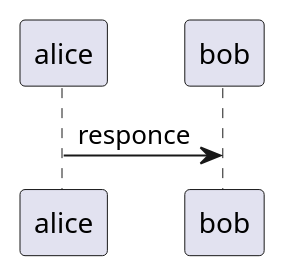
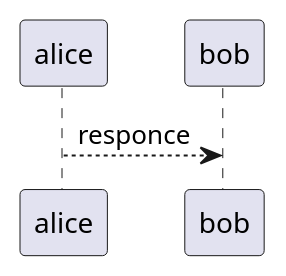
One commit to Aso2001395/2021sys-design changed the diagram in gyoumufuro.md. Above: the diagram before and after it, drawn with PlantUML.

`````diff
--- a/gyoumufuro.md
+++ b/gyoumufuro.md
@@ -1,5 +1,5 @@
-````uml
+```uml
 @startuml
-alice -> bob : responce
+alice --> bob : responce
 @enduml
-````
+```
`````
